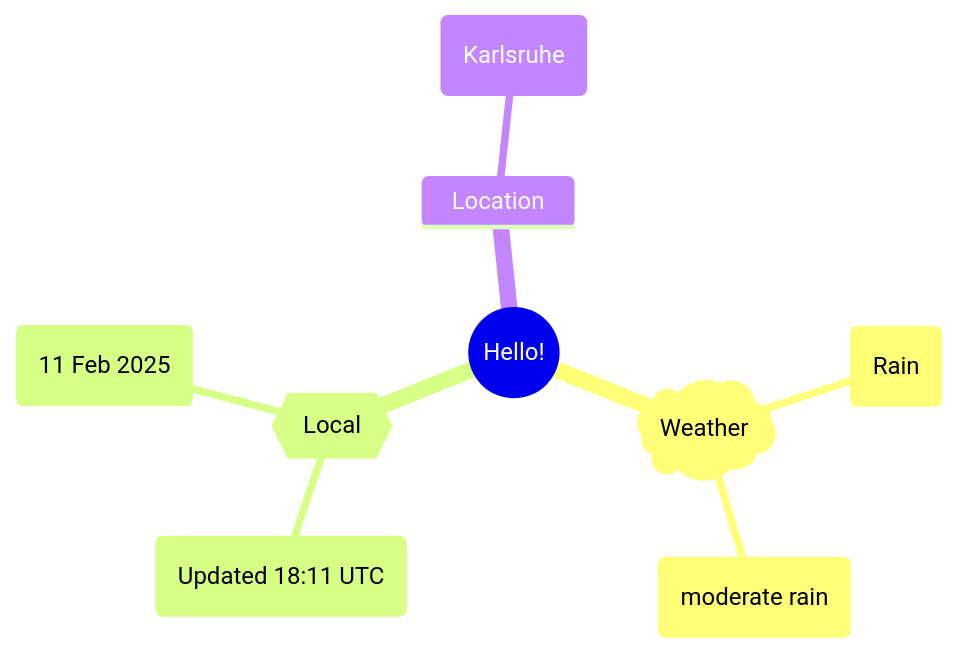
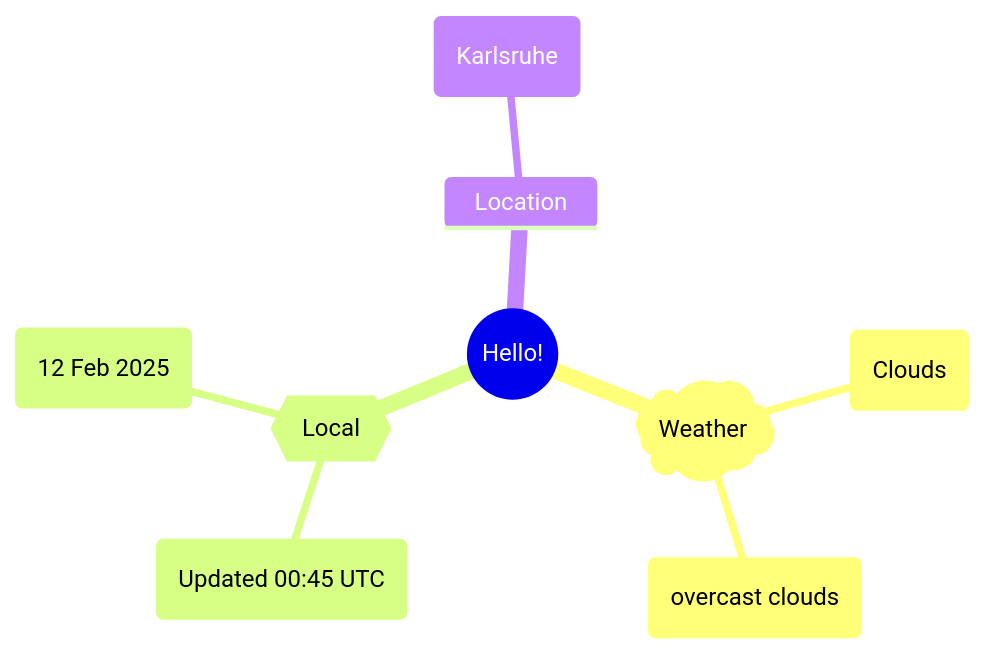
The first of 2 diagrams in README.md (Xosrov/Xosrov), drawn with Mermaid before and after one commit.

Commit message:
[bot] updated images

````diff
--- a/README.md
+++ b/README.md
@@ -3,12 +3,12 @@
 ```mermaid
 mindmap
   root((Hello!))
     )Weather(
-        (Rain)
-        (moderate rain)
+        (Clouds)
+        (overcast clouds)
     {{Local}}
-        (Updated 18:11 UTC)
-        (11 Feb 2025)
+        (Updated 00:45 UTC)
+        (12 Feb 2025)
     Location
         (Karlsruhe)
 ```
````
